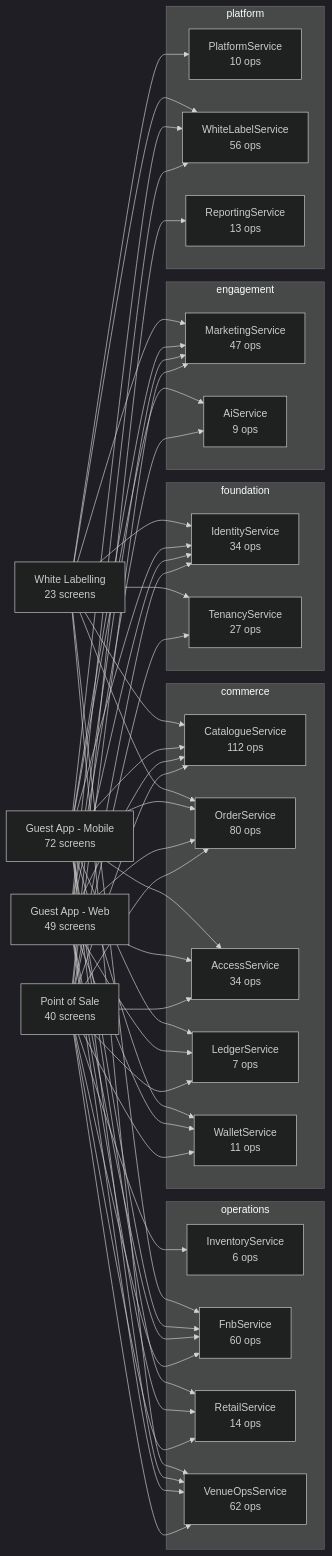
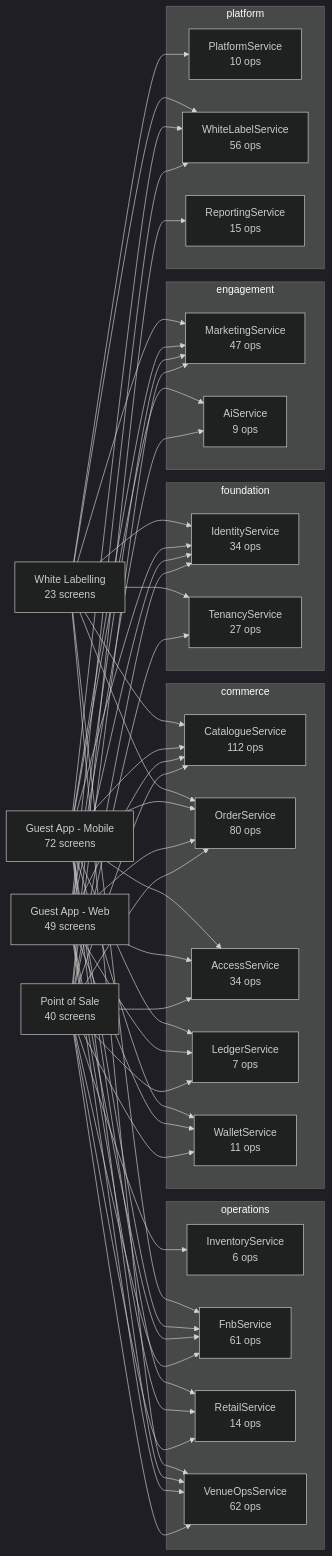
One commit to Diretide298/Solution_Architecture changed the diagram in ticvai/repos/ticvai-ai/project-bible/handoff/service-docs/README.md. Above: the diagram before and after it, drawn with Mermaid (dark theme). The commit also changed other lines of this file and 685 other files, not shown here.

````diff
--- a/ticvai/repos/ticvai-ai/project-bible/handoff/service-docs/README.md
+++ b/ticvai/repos/ticvai-ai/project-bible/handoff/service-docs/README.md
@@ -9,79 +9,79 @@
 ```mermaid
 flowchart LR
   POS["Point of Sale<br/>40 screens"]
   WEB["Guest App - Web<br/>49 screens"]
   MOB["Guest App - Mobile<br/>72 screens"]
   WL["White Labelling<br/>23 screens"]
   subgraph foundation
     IdentityService["IdentityService<br/>34 ops"]
     TenancyService["TenancyService<br/>27 ops"]
   end
   subgraph commerce
     CatalogueService["CatalogueService<br/>112 ops"]
     OrderService["OrderService<br/>80 ops"]
     AccessService["AccessService<br/>34 ops"]
     LedgerService["LedgerService<br/>7 ops"]
     WalletService["WalletService<br/>11 ops"]
   end
   subgraph operations
     InventoryService["InventoryService<br/>6 ops"]
-    FnbService["FnbService<br/>60 ops"]
+    FnbService["FnbService<br/>61 ops"]
     RetailService["RetailService<br/>14 ops"]
     VenueOpsService["VenueOpsService<br/>62 ops"]
   end
   subgraph engagement
     MarketingService["MarketingService<br/>47 ops"]
     AiService["AiService<br/>9 ops"]
   end
   subgraph platform
     PlatformService["PlatformService<br/>10 ops"]
     WhiteLabelService["WhiteLabelService<br/>56 ops"]
-    ReportingService["ReportingService<br/>13 ops"]
+    ReportingService["ReportingService<br/>15 ops"]
   end
   POS --> OrderService
   WEB --> OrderService
   MOB --> OrderService
   WL --> OrderService
   POS --> CatalogueService
   WEB --> CatalogueService
   MOB --> CatalogueService
   WL --> CatalogueService
   POS --> AccessService
   WEB --> AccessService
   MOB --> AccessService
   WL --> PlatformService
   POS --> MarketingService
   WEB --> MarketingService
   MOB --> MarketingService
   WL --> MarketingService
   POS --> TenancyService
   WL --> TenancyService
   POS --> ReportingService
+  POS --> FnbService
+  WEB --> FnbService
+  MOB --> FnbService
+  WL --> FnbService
   POS --> InventoryService
   POS --> IdentityService
   WEB --> IdentityService
   MOB --> IdentityService
   WL --> IdentityService
-  POS --> FnbService
-  WEB --> FnbService
-  MOB --> FnbService
-  WL --> FnbService
   WEB --> WhiteLabelService
   MOB --> WhiteLabelService
   WL --> WhiteLabelService
   POS --> VenueOpsService
   WEB --> VenueOpsService
   MOB --> VenueOpsService
   WL --> VenueOpsService
   POS --> LedgerService
   WEB --> LedgerService
   MOB --> LedgerService
   WEB --> AiService
   MOB --> AiService
   POS --> WalletService
   WEB --> WalletService
   MOB --> WalletService
   POS --> RetailService
   WEB --> RetailService
   MOB --> RetailService
 ```
````
